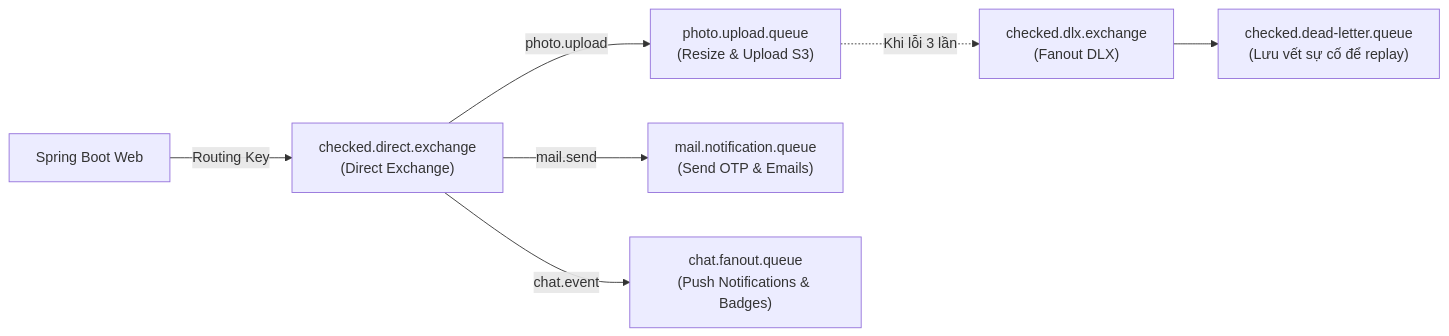
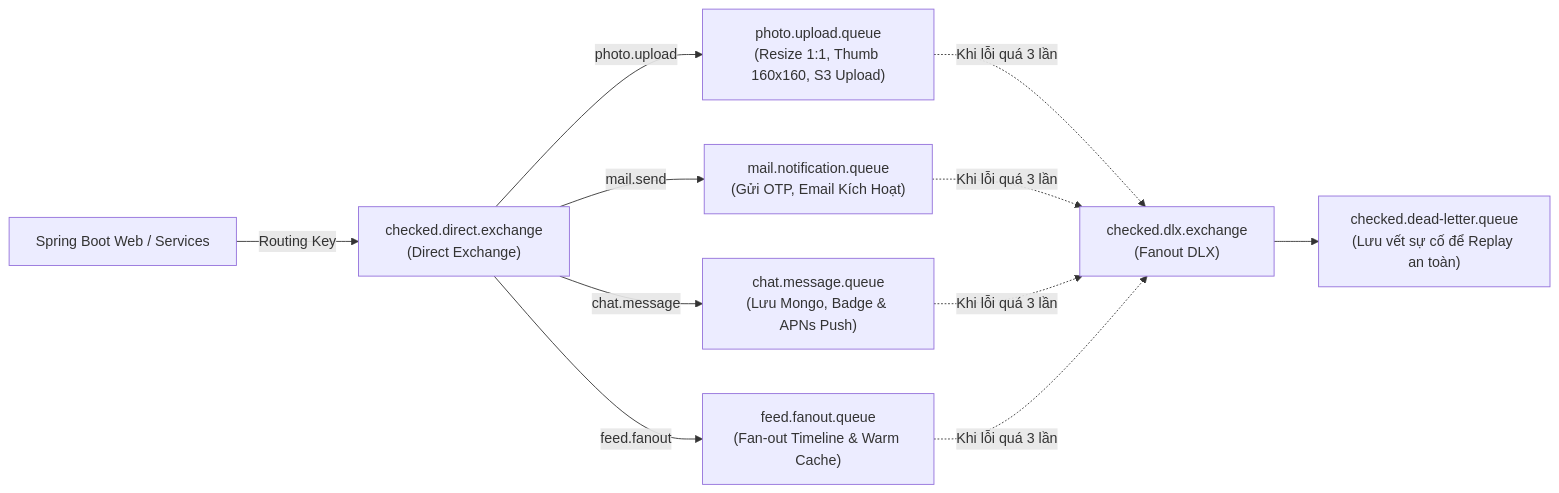
One commit to khanhnkq/checked-backend changed the third of 3 diagrams in docs/REDIS_VALKEY_AND_RABBITMQ_CLOUD_INTEGRATION_PLAN.md. Above: the diagram before and after it, drawn with Mermaid. The commit also changed other lines of this file, not shown here.

Commit message:
docs: expand full-stack redis cache suite and rabbitmq event-driven plan

````diff
--- a/docs/REDIS_VALKEY_AND_RABBITMQ_CLOUD_INTEGRATION_PLAN.md
+++ b/docs/REDIS_VALKEY_AND_RABBITMQ_CLOUD_INTEGRATION_PLAN.md
@@ -93,11 +221,16 @@
 ```mermaid
 flowchart LR
-    Publisher["Spring Boot Web"] -->|Routing Key| Exchange["checked.direct.exchange\n(Direct Exchange)"]
+    Publisher["Spring Boot Web / Services"] -->|Routing Key| Exchange["checked.direct.exchange\n(Direct Exchange)"]
     
-    Exchange -->|photo.upload| QPhoto["photo.upload.queue\n(Resize & Upload S3)"]
-    Exchange -->|mail.send| QMail["mail.notification.queue\n(Send OTP & Emails)"]
-    Exchange -->|chat.event| QChat["chat.fanout.queue\n(Push Notifications & Badges)"]
+    Exchange -->|photo.upload| QPhoto["photo.upload.queue\n(Resize 1:1, Thumb 160x160, S3 Upload)"]
+    Exchange -->|mail.send| QMail["mail.notification.queue\n(Gửi OTP, Email Kích Hoạt)"]
+    Exchange -->|chat.message| QChat["chat.message.queue\n(Lưu Mongo, Badge & APNs Push)"]
+    Exchange -->|feed.fanout| QFeed["feed.fanout.queue\n(Fan-out Timeline & Warm Cache)"]
     
-    QPhoto -.->|Khi lỗi 3 lần| DLX["checked.dlx.exchange\n(Fanout DLX)"]
-    DLX --> QDLQ["checked.dead-letter.queue\n(Lưu vết sự cố để replay)"]
+    QPhoto -.->|Khi lỗi quá 3 lần| DLX["checked.dlx.exchange\n(Fanout DLX)"]
+    QMail -.->|Khi lỗi quá 3 lần| DLX
+    QChat -.->|Khi lỗi quá 3 lần| DLX
+    QFeed -.->|Khi lỗi quá 3 lần| DLX
+    
+    DLX --> QDLQ["checked.dead-letter.queue\n(Lưu vết sự cố để Replay an toàn)"]
 ```
````
